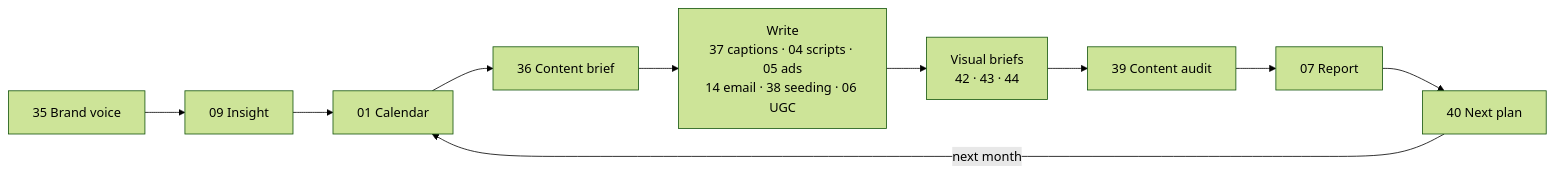
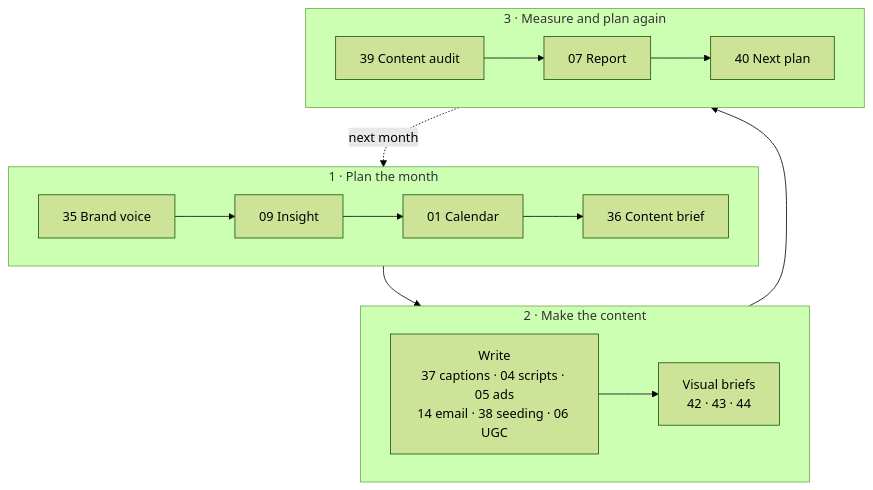
Before and after one commit to minhnv0807/ai-business-skills: the sixth of 9 diagrams in README.md, drawn with Mermaid (forest theme). The commit also changed other lines of this file and 1 other file, not shown here.

Commit message:
docs(readme): stack the content and performance loops into rows so they stay readable on GitHub

````diff
--- a/README.md
+++ b/README.md
@@ -277,8 +277,17 @@
 ```mermaid
-flowchart LR
-    V["35 Brand voice"] --> I["09 Insight"] --> CAL["01 Calendar"] --> BR["36 Content brief"]
-    BR --> W["Write<br/>37 captions · 04 scripts · 05 ads<br/>14 email · 38 seeding · 06 UGC"]
-    W --> VIS["Visual briefs<br/>42 · 43 · 44"]
-    VIS --> AU["39 Content audit"] --> RP["07 Report"] --> NX["40 Next plan"]
-    NX -->|next month| CAL
+flowchart TB
+    subgraph PREP["1 · Plan the month"]
+        direction LR
+        V["35 Brand voice"] --> I["09 Insight"] --> CAL["01 Calendar"] --> BR["36 Content brief"]
+    end
+    subgraph MAKE["2 · Make the content"]
+        direction LR
+        W["Write<br/>37 captions · 04 scripts · 05 ads<br/>14 email · 38 seeding · 06 UGC"] --> VIS["Visual briefs<br/>42 · 43 · 44"]
+    end
+    subgraph LEARN["3 · Measure and plan again"]
+        direction LR
+        AU["39 Content audit"] --> RP["07 Report"] --> NX["40 Next plan"]
+    end
+    PREP --> MAKE --> LEARN
+    LEARN -.->|next month| PREP
 ```
````
